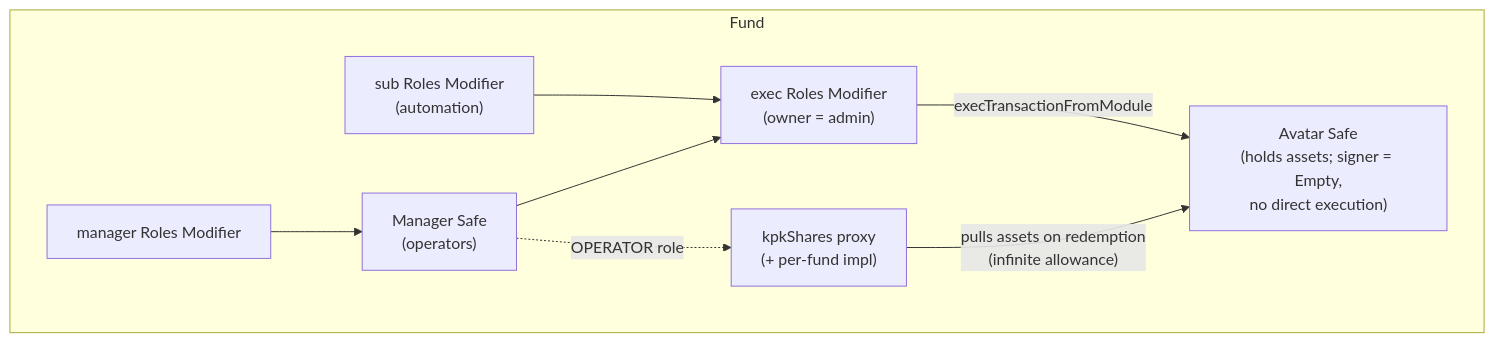
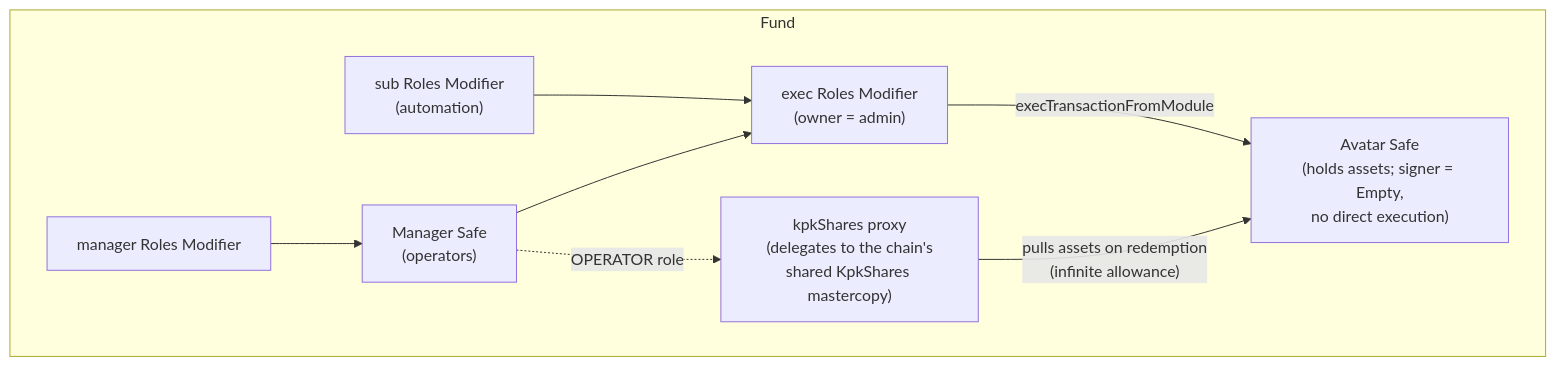
Before and after one commit to karpatkey/onchain-investment-vehicles: the third of 4 diagrams in docs/FUND_DEPLOYMENT_FLOW.md, drawn with Mermaid. The commit also changed other lines of this file and 66 other files, not shown here.

````diff
--- a/docs/FUND_DEPLOYMENT_FLOW.md
+++ b/docs/FUND_DEPLOYMENT_FLOW.md
@@ -64,17 +65,17 @@
 ```mermaid
 flowchart TD
     subgraph Fund
         Av["Avatar Safe<br/>(holds assets; signer = Empty,<br/>no direct execution)"]
         Ex["exec Roles Modifier<br/>(owner = admin)"]
         Sub["sub Roles Modifier<br/>(automation)"]
         Mgr["Manager Safe<br/>(operators)"]
         MgrMod["manager Roles Modifier"]
-        Px["kpkShares proxy<br/>(+ per-fund impl)"]
+        Px["kpkShares proxy<br/>(delegates to the chain's<br/>shared KpkShares mastercopy)"]
     end
     Ex -->|"execTransactionFromModule"| Av
     Sub --> Ex
     Mgr --> Ex
     MgrMod --> Mgr
     Px -->|"pulls assets on redemption<br/>(infinite allowance)"| Av
     Mgr -.->|"OPERATOR role"| Px
 ```
````
